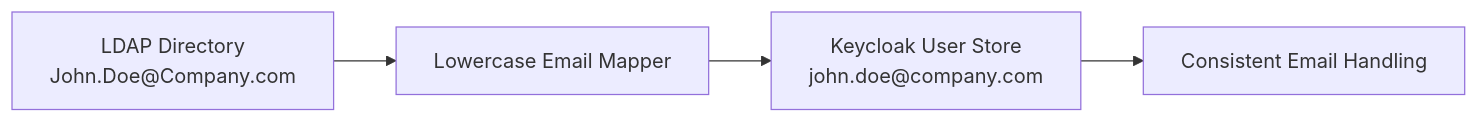
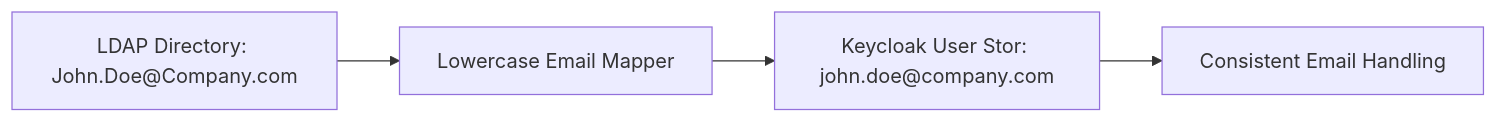
One commit to PavelSozonov/keycloak-ldap-lowercase-email-mapper changed the diagram in README.md. Above: the diagram before and after it, drawn with Mermaid.

Commit message:
Fix mermaid diagram v2

````diff
--- a/README.md
+++ b/README.md
@@ -70,6 +70,6 @@
 ```mermaid
 graph LR
-    A[LDAP Directory\nJohn.Doe@Company.com] --> B[Lowercase Email Mapper]
-    B --> C[Keycloak User Store\njohn.doe@company.com]
+    A[LDAP Directory: John.Doe@Company.com] --> B[Lowercase Email Mapper]
+    B --> C[Keycloak User Stor: john.doe@company.com]
     C --> D[Consistent Email Handling]
 ```
````
